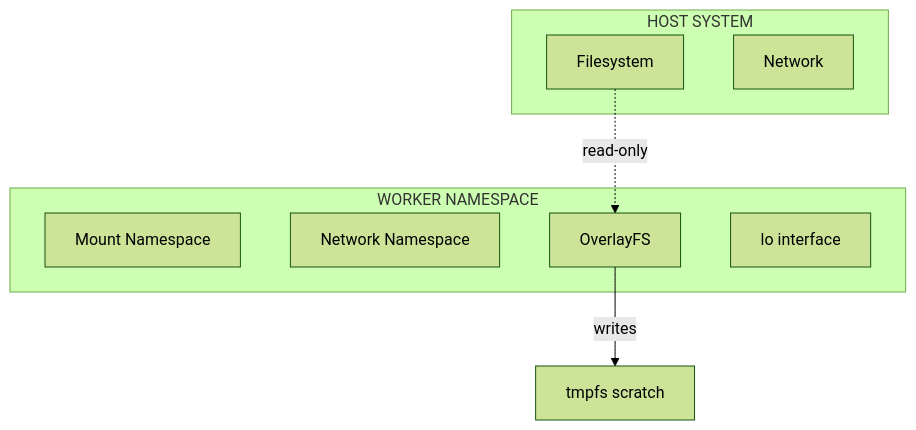
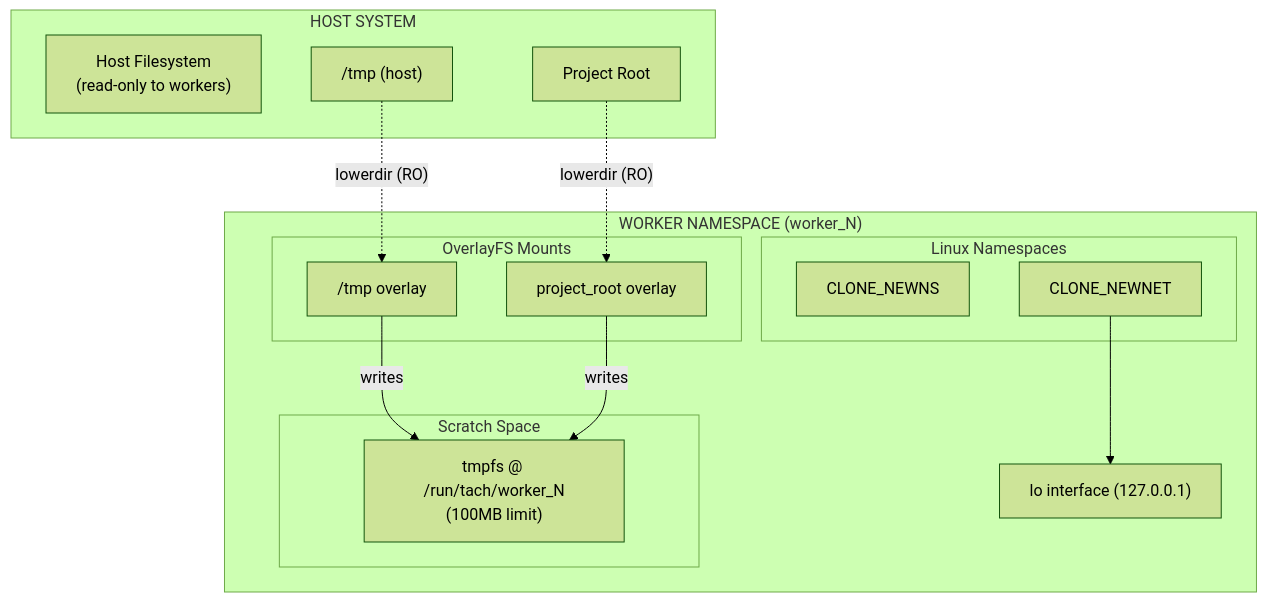
Before and after one commit to NikkeTryHard/tach-core: the first of 5 diagrams in docs/architecture/isolation.md, drawn with Mermaid (forest theme). The commit also changed other lines of this file and 34 other files, not shown here.

````diff
--- a/docs/architecture/isolation.md
+++ b/docs/architecture/isolation.md
@@ -15,17 +15,32 @@
 ```mermaid
 flowchart TB
     subgraph Host["HOST SYSTEM"]
-        HostFS["Filesystem"]
-        HostNet["Network"]
+        HostFS["Host Filesystem<br/>(read-only to workers)"]
+        HostTmp["/tmp (host)"]
+        ProjectRoot["Project Root"]
     end
 
-    subgraph Worker["WORKER NAMESPACE"]
-        MountNS["Mount Namespace"]
-        NetNS["Network Namespace"]
-        Overlay["OverlayFS"]
-        Loopback["lo interface"]
+    subgraph Worker["WORKER NAMESPACE (worker_N)"]
+        subgraph Namespaces["Linux Namespaces"]
+            MountNS["CLONE_NEWNS"]
+            NetNS["CLONE_NEWNET"]
+        end
+
+        subgraph Overlays["OverlayFS Mounts"]
+            TmpOverlay["/tmp overlay"]
+            ProjOverlay["project_root overlay"]
+        end
+
+        subgraph Scratch["Scratch Space"]
+            Tmpfs["tmpfs @ /run/tach/worker_N<br/>(100MB limit)"]
+        end
+
+        Loopback["lo interface (127.0.0.1)"]
     end
 
-    HostFS -.->|"read-only"| Overlay
-    Overlay -->|"writes"| Tmpfs["tmpfs scratch"]
+    HostTmp -.->|"lowerdir (RO)"| TmpOverlay
+    ProjectRoot -.->|"lowerdir (RO)"| ProjOverlay
+    TmpOverlay -->|"writes"| Tmpfs
+    ProjOverlay -->|"writes"| Tmpfs
+    NetNS --> Loopback
 ```
````
